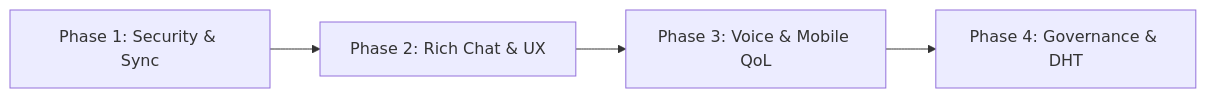
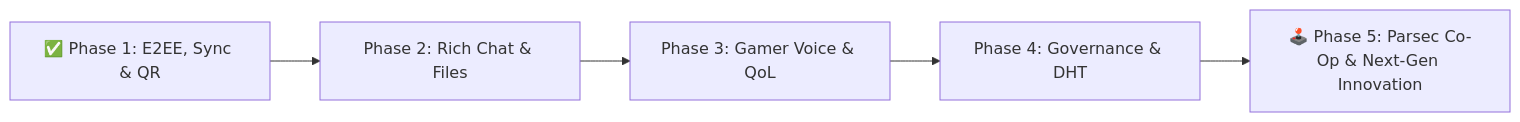
The diagram in ROADMAP.md (Kauanmaffeikraus/Freecord), drawn with Mermaid before and after one commit. The commit also changed other lines of this file and 4 other files, not shown here.

Commit message:
feat(phase1): add E2EE chat encryption, offline history sync, QR pairing scanner, and Parsec roadmap

````diff
--- a/ROADMAP.md
+++ b/ROADMAP.md
@@ -61,6 +65,7 @@
 ```mermaid
 flowchart LR
-    P1["Phase 1: Security & Sync"] --> P2["Phase 2: Rich Chat & UX"]
-    P2 --> P3["Phase 3: Voice & Mobile QoL"]
+    P1["✅ Phase 1: E2EE, Sync & QR"] --> P2["Phase 2: Rich Chat & Files"]
+    P2 --> P3["Phase 3: Gamer Voice & QoL"]
     P3 --> P4["Phase 4: Governance & DHT"]
+    P4 --> P5["🕹️ Phase 5: Parsec Co-Op & Next-Gen Innovation"]
 ```
````
